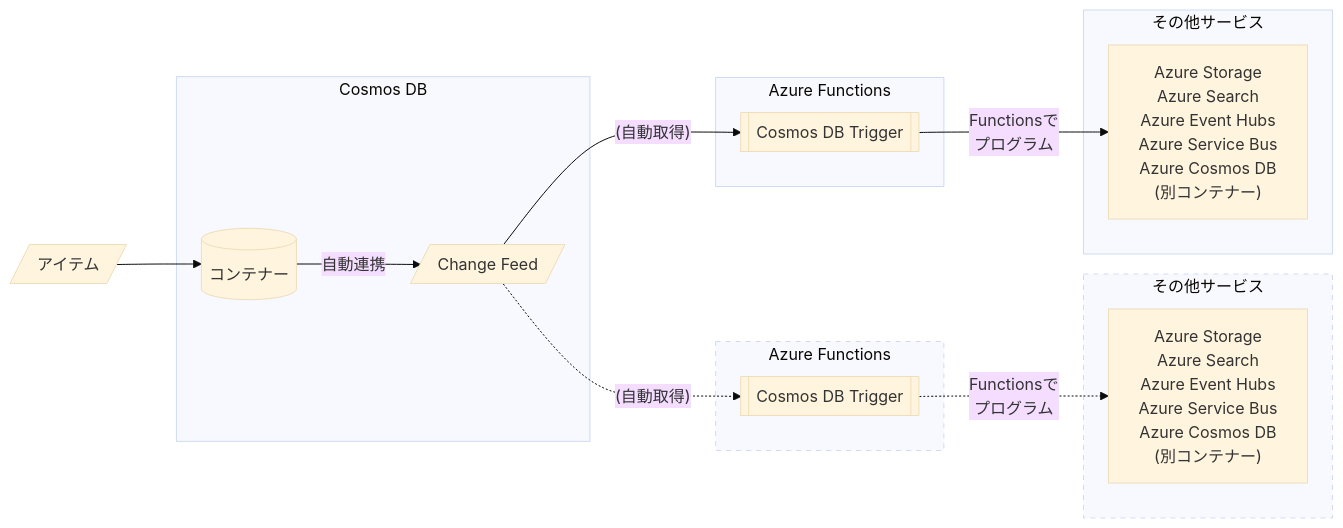
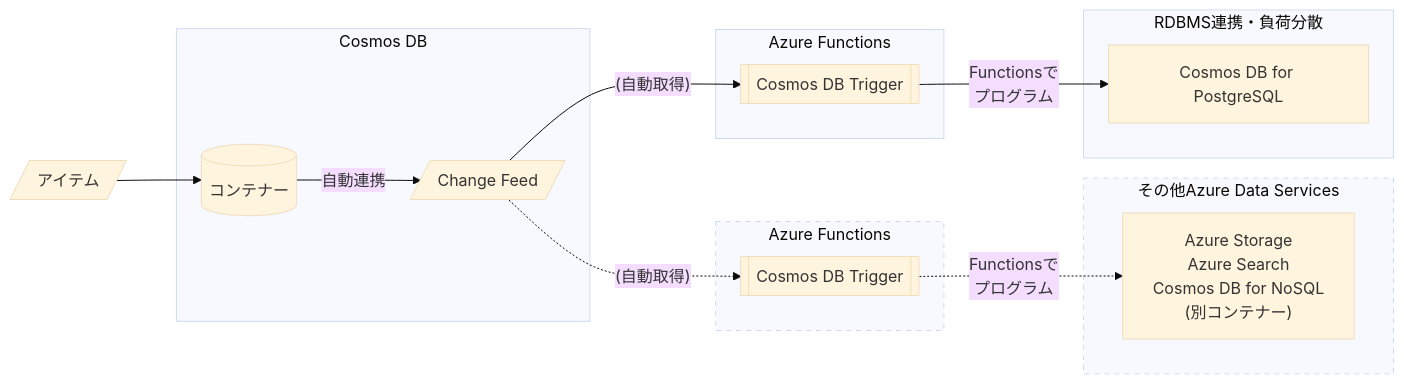
Before and after one commit to tahayaka-microsoft/CosmosDB-ChangeFeed-Functions: the third of 5 diagrams in 00_CosmosDB_Essential.md, drawn with Mermaid (base theme).

````diff
--- a/00_CosmosDB_Essential.md
+++ b/00_CosmosDB_Essential.md
@@ -378,40 +378,33 @@
 ```mermaid
 graph LR
     1[/"アイテム"/]
     1-->A
     subgraph Cosmos DB
         A[(コンテナー)]
         D[/Change Feed/]
         A--自動連携-->D 
     end
     subgraph af1[Azure Functions]
         B[["Cosmos DB Trigger"]] 
     end
     subgraph af2[Azure Functions]
         F[["Cosmos DB Trigger"]] 
     end
-    subgraph ss2[その他サービス]
+    subgraph ss2[その他Azure Data Services ]
         E["Azure Storage
         Azure Search
-        Azure Event Hubs
-        Azure Service Bus
-        Azure Cosmos DB
+        Cosmos DB for NoSQL
         (別コンテナー)"] 
     end
-    subgraph ss1[その他サービス]
-        C["Azure Storage
-        Azure Search
-        Azure Event Hubs
-        Azure Service Bus
-        Azure Cosmos DB
-        (別コンテナー)"] 
+    subgraph ss1[RDBMS連携・負荷分散]
+        C["Cosmos DB for PostgreSQL"] 
     end
     D --"(自動取得)"--> B
     D -."(自動取得)".-> F
     B --"Functionsで
     プログラム"--> C
     F -."Functionsで
     プログラム".-> E
     style af2 stroke-dasharray: 5 5
     style ss2 stroke-dasharray: 5 5
 ```
````
